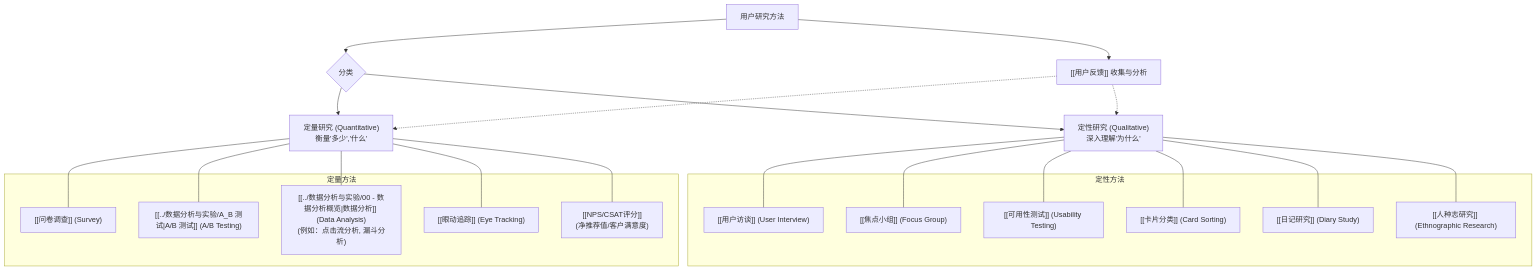
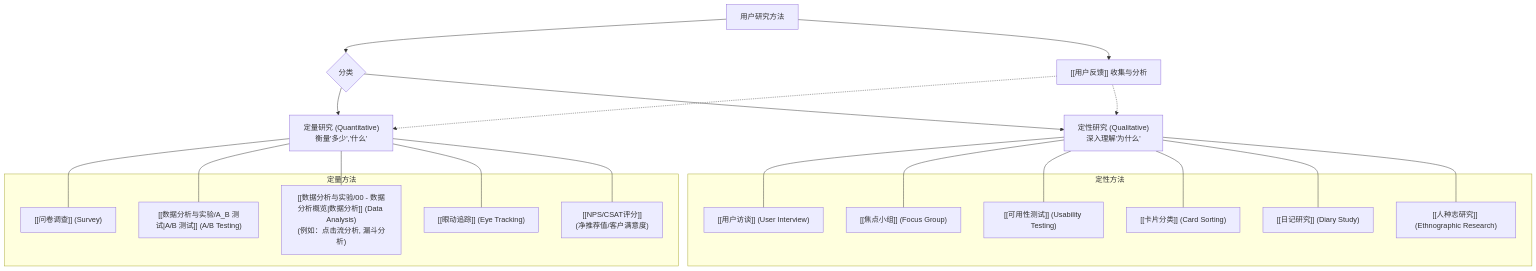
The diagram in Concepts/Product Management/用户研究/00 - 用户研究概览.md (perryzjc/interview), drawn with Mermaid before and after one commit. The commit also changed other lines of this file and 85 other files, not shown here.

````diff
--- a/Concepts/Product Management/用户研究/00 - 用户研究概览.md
+++ b/Concepts/Product Management/用户研究/00 - 用户研究概览.md
@@ -25,30 +25,30 @@
 ```mermaid
 graph TD
     A["用户研究方法"] --> B{"分类"};
     B --> C["定性研究 (Qualitative)<br/>深入理解'为什么'"];
     B --> D["定量研究 (Quantitative)<br/>衡量'多少','什么'"];
 
     subgraph "定性方法"
         C1["[[用户访谈]] (User Interview)"]
         C2["[[焦点小组]] (Focus Group)"]
         C3["[[可用性测试]] (Usability Testing)"]
         C4["[[卡片分类]] (Card Sorting)"]
         C5["[[日记研究]] (Diary Study)"]
         C6["[[人种志研究]] (Ethnographic Research)"]
     end
 
     subgraph "定量方法"
         D1["[[问卷调查]] (Survey)"]
-        D2["[[../数据分析与实验/A_B 测试|A/B 测试]] (A/B Testing)"]
-        D3["[[../数据分析与实验/00 - 数据分析概览|数据分析]] (Data Analysis)<br/>(例如：点击流分析, 漏斗分析)"]
+        D2["[[数据分析与实验/A_B 测试|A/B 测试]] (A/B Testing)"]
+        D3["[[数据分析与实验/00 - 数据分析概览|数据分析]] (Data Analysis)<br/>(例如：点击流分析, 漏斗分析)"]
         D4["[[眼动追踪]] (Eye Tracking)"]
         D5["[[NPS/CSAT评分]]<br/>(净推荐值/客户满意度)"]
     end
 
     C --- C1 & C2 & C3 & C4 & C5 & C6;
     D --- D1 & D2 & D3 & D4 & D5;
 
     A --> E["[[用户反馈]] 收集与分析"];
     E -.-> C & D;
 
 ```
````
